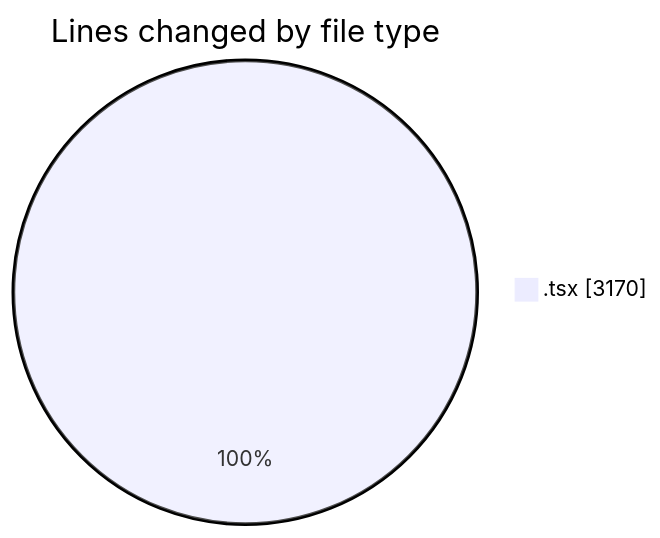
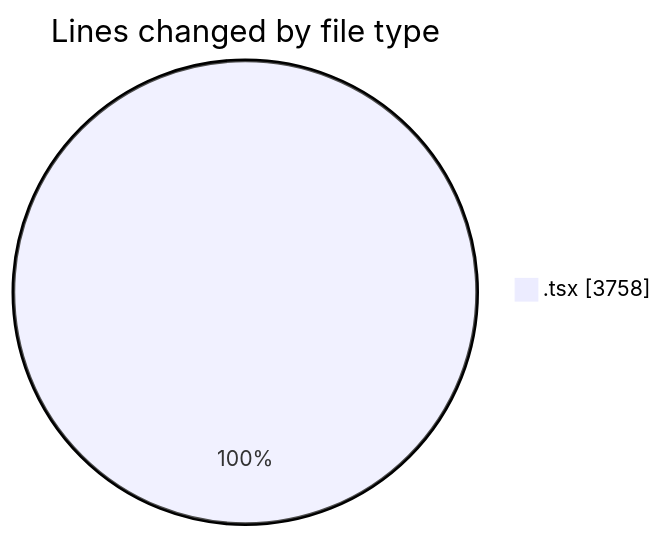
Before and after one commit to lephambinh05/code-tracking: the first of 2 diagrams in 2025-08-21/napxuvn/README.md, drawn with Mermaid. The commit also changed other lines of this file and 1 other file, not shown here.

````diff
--- a/2025-08-21/napxuvn/README.md
+++ b/2025-08-21/napxuvn/README.md
@@ -32,5 +35,5 @@
 ```mermaid
 pie showData
 title Lines changed by file type
-".tsx" : 3170
+".tsx" : 3758
 ```
````
